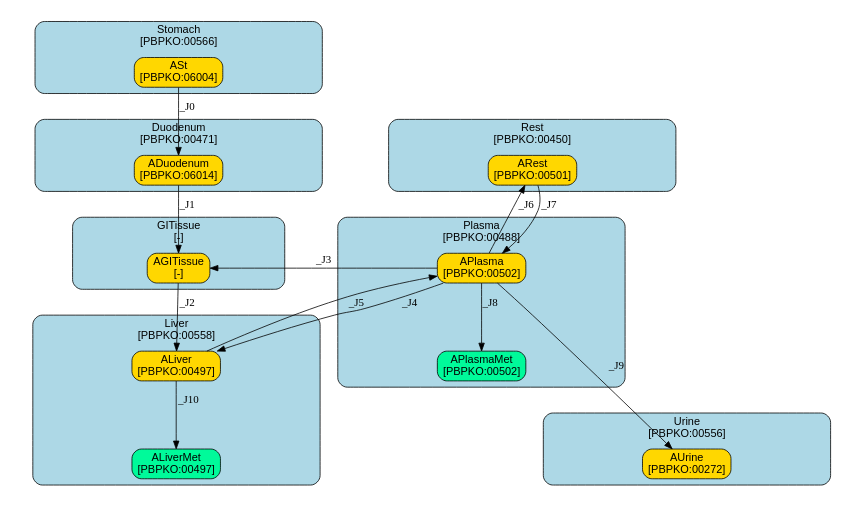
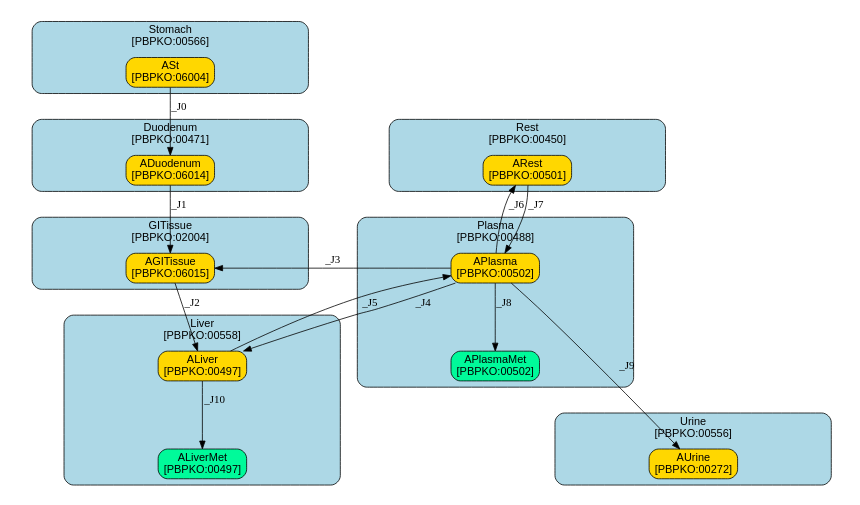
The diagram in models/oral/Bisphenols/Moreau/summary.dot (fair-pbk/exposure-route-pbk-models), drawn with Graphviz before and after one commit. The commit also changed 32 other files, not shown here.

```diff
--- a/models/oral/Bisphenols/Moreau/summary.dot
+++ b/models/oral/Bisphenols/Moreau/summary.dot
@@ -1,161 +1,161 @@
 digraph {
 	graph [ratio=fill,
 		size="7,4"
 	];
 	node [fontname=Arial];
 	subgraph cluster_Stomach {
 		graph [color=black,
 			fillcolor=lightblue,
 			fontname=Arial,
 			href="#compartment-Stomach",
 			label="Stomach
 [PBPKO:00566]",
 			shape=box,
 			style="filled,rounded"
 		];
 		ASt	[color=black,
 			fillcolor=gold,
 			href="#species-ASt",
 			label="ASt
 [PBPKO:06004]",
 			shape=box,
 			style="filled,rounded"];
 	}
 	subgraph cluster_GITissue {
 		graph [color=black,
 			fillcolor=lightblue,
 			fontname=Arial,
 			href="#compartment-GITissue",
 			label="GITissue
-[-]",
+[PBPKO:02004]",
 			shape=box,
 			style="filled,rounded"
 		];
 		AGITissue	[color=black,
 			fillcolor=gold,
 			href="#species-AGITissue",
 			label="AGITissue
-[-]",
+[PBPKO:06015]",
 			shape=box,
 			style="filled,rounded"];
 	}
 	subgraph cluster_Duodenum {
 		graph [color=black,
 			fillcolor=lightblue,
 			fontname=Arial,
 			href="#compartment-Duodenum",
 			label="Duodenum
 [PBPKO:00471]",
 			shape=box,
 			style="filled,rounded"
 		];
 		ADuodenum	[color=black,
 			fillcolor=gold,
 			href="#species-ADuodenum",
 			label="ADuodenum
 [PBPKO:06014]",
 			shape=box,
 			style="filled,rounded"];
 	}
 	subgraph cluster_Liver {
 		graph [color=black,
 			fillcolor=lightblue,
 			fontname=Arial,
 			href="#compartment-Liver",
 			label="Liver
 [PBPKO:00558]",
 			shape=box,
 			style="filled,rounded"
 		];
 		ALiver	[color=black,
 			fillcolor=gold,
 			href="#species-ALiver",
 			label="ALiver
 [PBPKO:00497]",
 			shape=box,
 			style="filled,rounded"];
 		ALiverMet	[color=black,
 			fillcolor=mediumspringgreen,
 			href="#species-ALiverMet",
 			label="ALiverMet
 [PBPKO:00497]",
 			shape=box,
 			style="filled,rounded"];
 	}
 	subgraph cluster_Plasma {
 		graph [color=black,
 			fillcolor=lightblue,
 			fontname=Arial,
 			href="#compartment-Plasma",
 			label="Plasma
 [PBPKO:00488]",
 			shape=box,
 			style="filled,rounded"
 		];
 		APlasma	[color=black,
 			fillcolor=gold,
 			href="#species-APlasma",
 			label="APlasma
 [PBPKO:00502]",
 			shape=box,
 			style="filled,rounded"];
 		APlasmaMet	[color=black,
 			fillcolor=mediumspringgreen,
 			href="#species-APlasmaMet",
 			label="APlasmaMet
 [PBPKO:00502]",
 			shape=box,
 			style="filled,rounded"];
 	}
 	subgraph cluster_Rest {
 		graph [color=black,
 			fillcolor=lightblue,
 			fontname=Arial,
 			href="#compartment-Rest",
 			label="Rest
 [PBPKO:00450]",
 			shape=box,
 			style="filled,rounded"
 		];
 		ARest	[color=black,
 			fillcolor=gold,
 			href="#species-ARest",
 			label="ARest
 [PBPKO:00501]",
 			shape=box,
 			style="filled,rounded"];
 	}
 	subgraph cluster_Urine {
 		graph [color=black,
 			fillcolor=lightblue,
 			fontname=Arial,
 			href="#compartment-Urine",
 			label="Urine
 [PBPKO:00556]",
 			shape=box,
 			style="filled,rounded"
 		];
 		AUrine	[color=black,
 			fillcolor=gold,
 			href="#species-AUrine",
 			label="AUrine
 [PBPKO:00272]",
 			shape=box,
 			style="filled,rounded"];
 	}
 	ASt -> ADuodenum	[label=_J0,
 		minlen=1];
 	AGITissue -> ALiver	[label=_J2];
 	ADuodenum -> AGITissue	[label=_J1];
 	ALiver -> ALiverMet	[label=_J10,
 		minlen=1];
 	ALiver -> APlasma	[label=_J5];
 	APlasma -> AGITissue	[label=_J3];
 	APlasma -> ALiver	[label=_J4];
 	APlasma -> APlasmaMet	[label=_J8,
 		minlen=1];
 	APlasma -> ARest	[label=_J6];
 	APlasma -> AUrine	[label=_J9,
 		minlen=2];
 	ARest -> APlasma	[label=_J7];
 }
```
